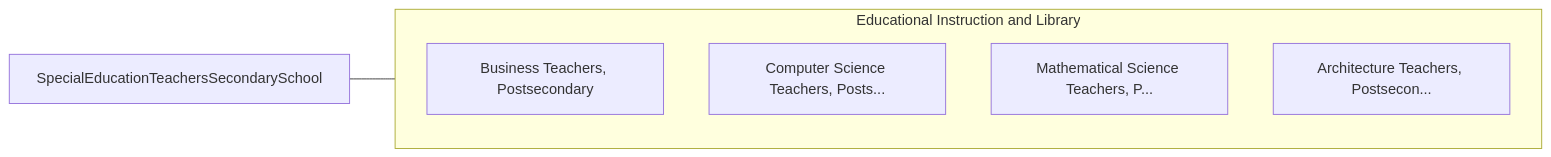
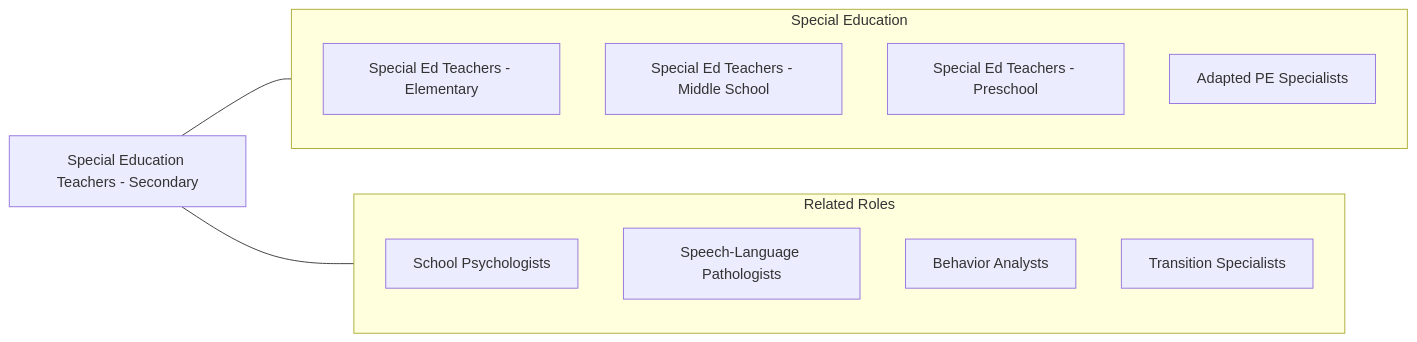
The fourth of 4 diagrams in occupations/Education/SpecialEducationTeachersSecondarySchool.mdx (kziemski/business.org.ai), drawn with Mermaid before and after one commit. The commit also changed other lines of this file and 938 other files, not shown here.

````diff
--- a/occupations/Education/SpecialEducationTeachersSecondarySchool.mdx
+++ b/occupations/Education/SpecialEducationTeachersSecondarySchool.mdx
@@ -76,13 +179,21 @@
 ```mermaid
 graph LR
-    Current["SpecialEducationTeachersSecondarySchool"]
+    Current["Special Education Teachers - Secondary"]
 
-    subgraph SameCategory["Educational Instruction and Library"]
-        BusinessTeachersPost["Business Teachers, Postsecondary"]
-        ComputerScienceTeach["Computer Science Teachers, Posts..."]
-        MathematicalScienceT["Mathematical Science Teachers, P..."]
-        ArchitectureTeachers["Architecture Teachers, Postsecon..."]
+    subgraph SameCategory["Special Education"]
+        SpEdElem["Special Ed Teachers - Elementary"]
+        SpEdMiddle["Special Ed Teachers - Middle School"]
+        SpEdPreK["Special Ed Teachers - Preschool"]
+        Adapted["Adapted PE Specialists"]
+    end
+
+    subgraph CrossFunctional["Related Roles"]
+        SchoolPsych["School Psychologists"]
+        SLP["Speech-Language Pathologists"]
+        BehaviorAnalyst["Behavior Analysts"]
+        TransSpec["Transition Specialists"]
     end
 
     Current --- SameCategory
+    Current --- CrossFunctional
 ```
````
